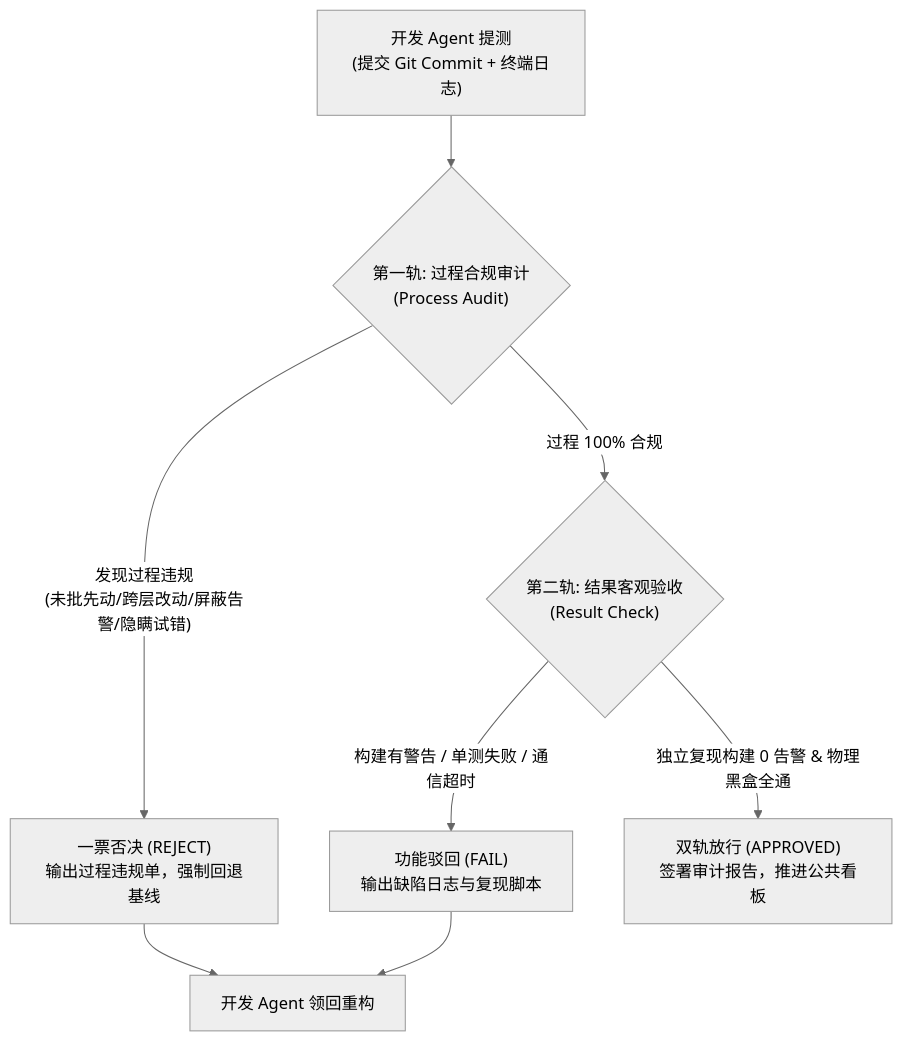
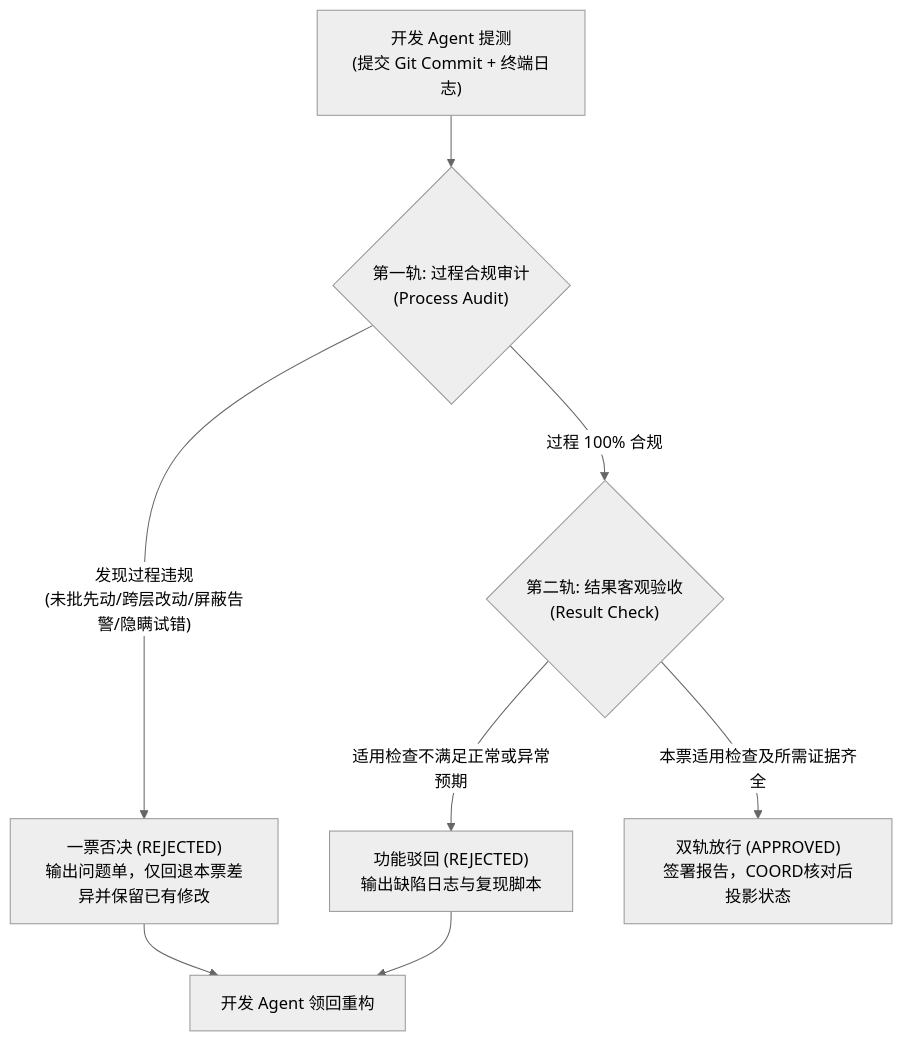
Before and after one commit to sushaohua/project-control: the diagram in .agents/rules/qa_audit_checklist_guide_20261013_115611.md, drawn with Mermaid (neutral theme). The commit also changed other lines of this file and 181 other files, not shown here.

````diff
--- a/.agents/rules/qa_audit_checklist_guide_20261013_115611.md
+++ b/.agents/rules/qa_audit_checklist_guide_20261013_115611.md
@@ -43,14 +45,14 @@
 ```mermaid
 flowchart TD
     SUBMIT["开发 Agent 提测<br/>(提交 Git Commit + 终端日志)"] --> T1{"第一轨: 过程合规审计<br/>(Process Audit)"}
-    
-    T1 -->|"发现过程违规<br/>(未批先动/跨层改动/屏蔽告警/隐瞒试错)"| REJECT["一票否决 (REJECT)<br/>输出过程违规单，强制回退基线"]
+
+    T1 -->|"发现过程违规<br/>(未批先动/跨层改动/屏蔽告警/隐瞒试错)"| REJECT["一票否决 (REJECTED)<br/>输出问题单，仅回退本票差异并保留已有修改"]
     REJECT --> BACK["开发 Agent 领回重构"]
-    
+
     T1 -->|"过程 100% 合规"| T2{"第二轨: 结果客观验收<br/>(Result Check)"}
-    
-    T2 -->|"构建有警告 / 单测失败 / 通信超时"| FAIL["功能驳回 (FAIL)<br/>输出缺陷日志与复现脚本"]
+
+    T2 -->|"适用检查不满足正常或异常预期"| FAIL["功能驳回 (REJECTED)<br/>输出缺陷日志与复现脚本"]
     FAIL --> BACK
-    
-    T2 -->|"独立复现构建 0 告警 & 物理黑盒全通"| PASS["双轨放行 (APPROVED)<br/>签署审计报告，推进公共看板"]
+
+    T2 -->|"本票适用检查及所需证据齐全"| PASS["双轨放行 (APPROVED)<br/>签署报告，COORD核对后投影状态"]
 ```
````
